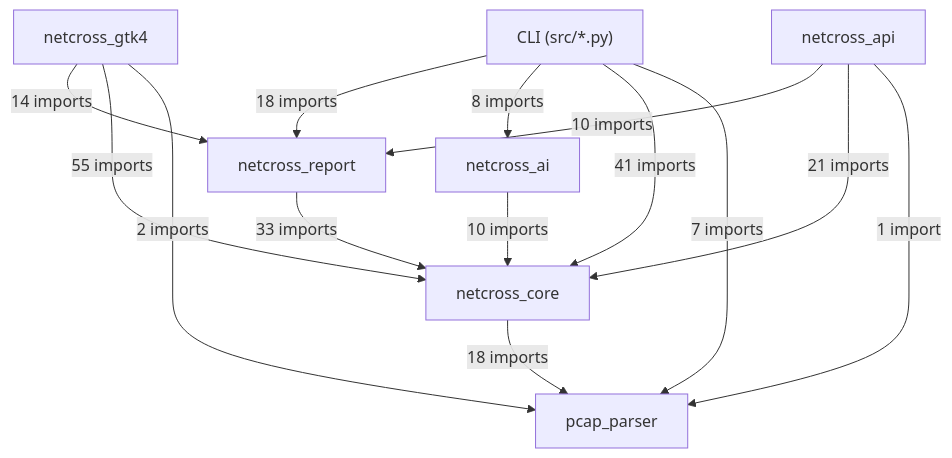
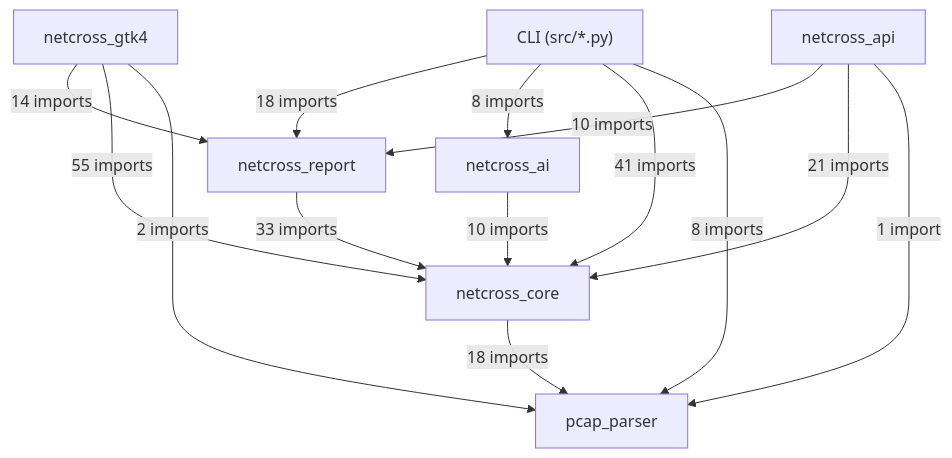
Before and after one commit to Mathide-Team/Netcross: the first of 19 diagrams in docs/class-diagram.md, drawn with Mermaid. The commit also changed other lines of this file and 5 other files, not shown here.

````diff
--- a/docs/class-diagram.md
+++ b/docs/class-diagram.md
@@ -26,23 +26,23 @@
 ```mermaid
 flowchart TD
     CLI["CLI (src/*.py)"]
     netcross_gtk4["netcross_gtk4"]
     netcross_api["netcross_api"]
     netcross_report["netcross_report"]
     netcross_ai["netcross_ai"]
     netcross_core["netcross_core"]
     pcap_parser["pcap_parser"]
     CLI -->|"18 imports"| netcross_report
     CLI -->|"8 imports"| netcross_ai
     CLI -->|"41 imports"| netcross_core
-    CLI -->|"7 imports"| pcap_parser
+    CLI -->|"8 imports"| pcap_parser
     netcross_gtk4 -->|"14 imports"| netcross_report
     netcross_gtk4 -->|"55 imports"| netcross_core
     netcross_gtk4 -->|"2 imports"| pcap_parser
     netcross_api -->|"10 imports"| netcross_report
     netcross_api -->|"21 imports"| netcross_core
     netcross_api -->|"1 import"| pcap_parser
     netcross_report -->|"33 imports"| netcross_core
     netcross_ai -->|"10 imports"| netcross_core
     netcross_core -->|"18 imports"| pcap_parser
 ```
````
